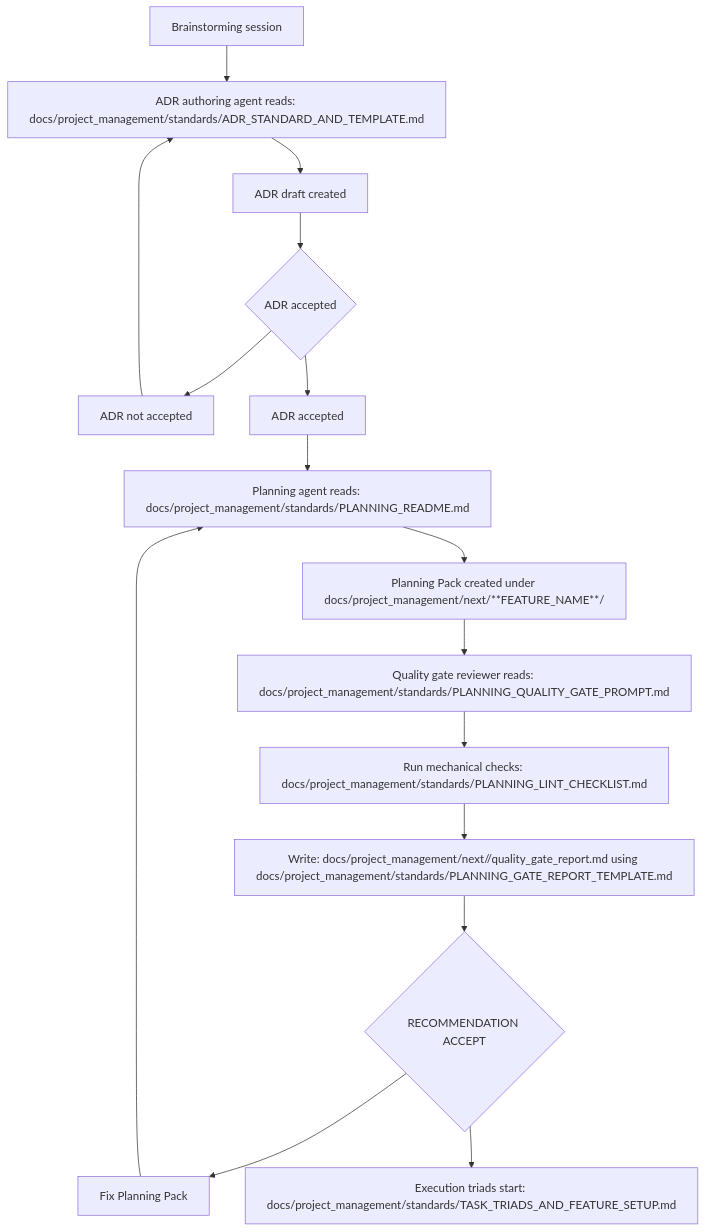
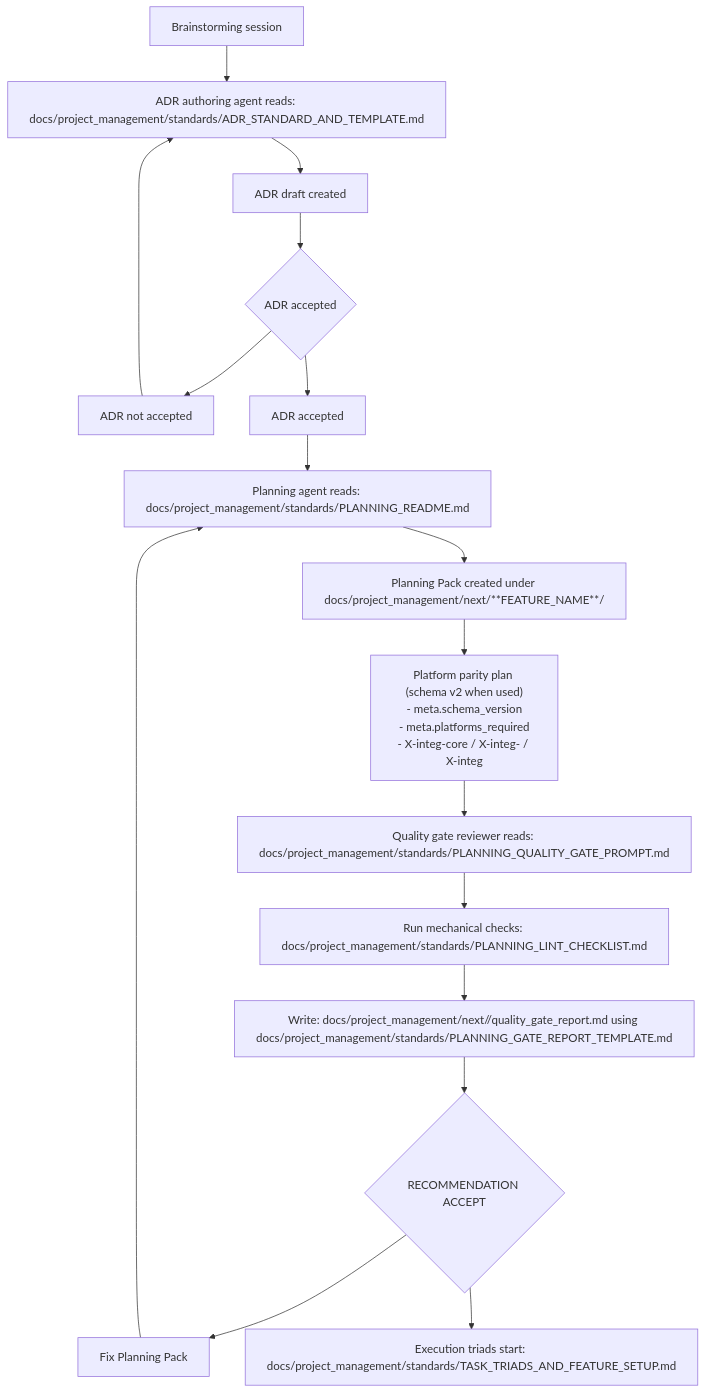
One commit to atomize-hq/substrate changed the diagram in docs/project_management/standards/PLANNING_WORKFLOW_OVERVIEW.md. Above: the diagram before and after it, drawn with Mermaid. The commit also changed other lines of this file, not shown here.

Commit message:
docs: add platform parity step to planning flow

````diff
--- a/docs/project_management/standards/PLANNING_WORKFLOW_OVERVIEW.md
+++ b/docs/project_management/standards/PLANNING_WORKFLOW_OVERVIEW.md
@@ -11,36 +12,38 @@
 ```mermaid
 flowchart TD
   A[Brainstorming session]
   B["ADR authoring agent reads: docs/project_management/standards/ADR_STANDARD_AND_TEMPLATE.md"]
   C[ADR draft created]
   D{ADR accepted}
   D_NO[ADR not accepted]
   D_YES[ADR accepted]
 
   P["Planning agent reads: docs/project_management/standards/PLANNING_README.md"]
   PACK[Planning Pack created under docs/project_management/next/**FEATURE_NAME**/]
+  PP["Platform parity plan (schema v2 when used)\n- meta.schema_version\n- meta.platforms_required\n- X-integ-core / X-integ-<platform> / X-integ"]
 
   Q["Quality gate reviewer reads: docs/project_management/standards/PLANNING_QUALITY_GATE_PROMPT.md"]
   LINT["Run mechanical checks: docs/project_management/standards/PLANNING_LINT_CHECKLIST.md"]
   REPORT["Write: docs/project_management/next/<feature>/quality_gate_report.md using docs/project_management/standards/PLANNING_GATE_REPORT_TEMPLATE.md"]
   GATE{RECOMMENDATION ACCEPT}
   GATE_NO[Fix Planning Pack]
   GATE_YES["Execution triads start: docs/project_management/standards/TASK_TRIADS_AND_FEATURE_SETUP.md"]
 
   A --> B
   B --> C
   C --> D
   D --> D_NO
   D --> D_YES
   D_NO --> B
 
   D_YES --> P
   P --> PACK
-  PACK --> Q
+  PACK --> PP
+  PP --> Q
   Q --> LINT
   LINT --> REPORT
   REPORT --> GATE
   GATE --> GATE_NO
   GATE --> GATE_YES
   GATE_NO --> P
 ```
````
